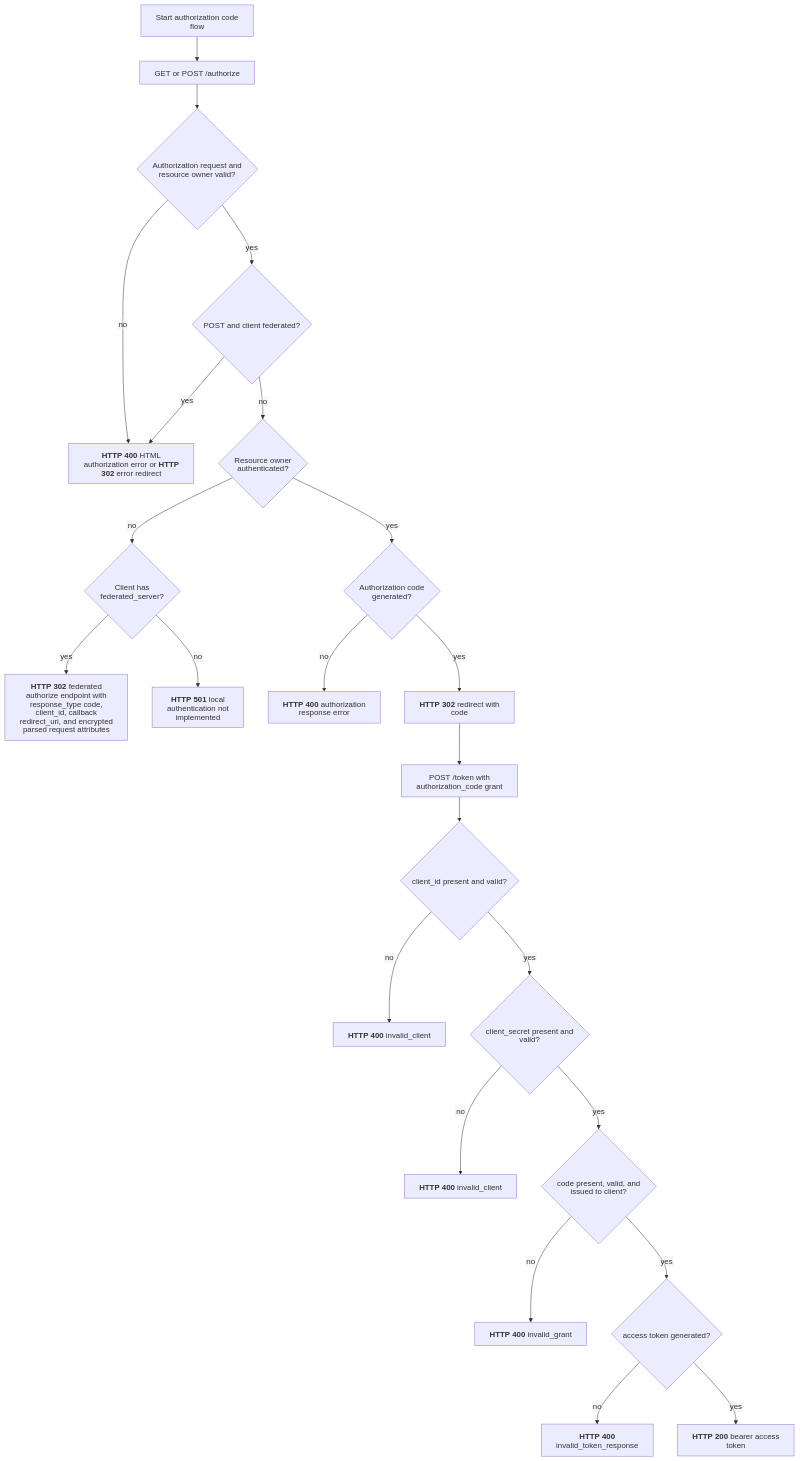
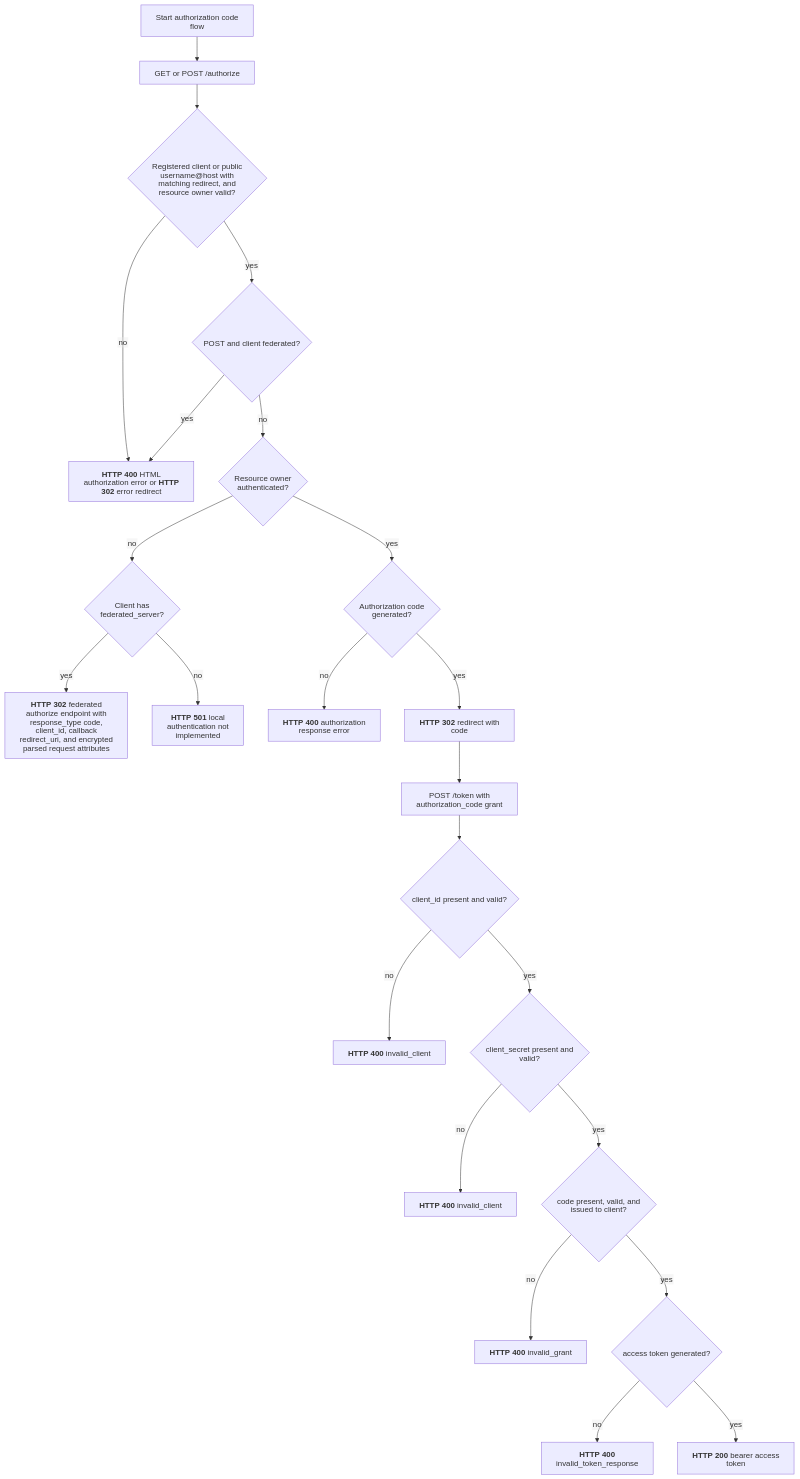
One commit to malach-it/kagome changed the diagram in docs/flows/oauth/authorization_code.mmd. Above: the diagram before and after it, drawn with Mermaid. The commit also changed 24 other files, not shown here.

Commit message:
feat: add host-bound public clients

```diff
--- a/docs/flows/oauth/authorization_code.mmd
+++ b/docs/flows/oauth/authorization_code.mmd
@@ -1,24 +1,24 @@
 %%{init: {"htmlLabels": false, "flowchart": {"htmlLabels": false}}}%%
 flowchart TD
     start[Start authorization code flow] --> authorize[GET or POST /authorize]
-    authorize --> authorize_valid{Authorization request and resource owner valid?}
+    authorize --> authorize_valid{Registered client or public username@host with matching redirect, and resource owner valid?}
     authorize_valid -- no --> authorize_error["`**HTTP 400** HTML authorization error or **HTTP 302** error redirect`"]
     authorize_valid -- yes --> federated_post{POST and client federated?}
     federated_post -- yes --> authorize_error
     federated_post -- no --> owner{Resource owner authenticated?}
     owner -- no --> federation{Client has federated_server?}
     federation -- yes --> federated_redirect["`**HTTP 302** federated authorize endpoint with response_type code, client_id, callback redirect_uri, and encrypted parsed request attributes`"]
     federation -- no --> not_implemented["`**HTTP 501** local authentication not implemented`"]
     owner -- yes --> issue{Authorization code generated?}
     issue -- no --> issue_error["`**HTTP 400** authorization response error`"]
     issue -- yes --> redirect["`**HTTP 302** redirect with code`"]
     redirect --> token[POST /token with authorization_code grant]
     token --> client_id{client_id present and valid?}
     client_id -- no --> client_error["`**HTTP 400** invalid_client`"]
     client_id -- yes --> secret{client_secret present and valid?}
     secret -- no --> secret_error["`**HTTP 400** invalid_client`"]
     secret -- yes --> code{code present, valid, and issued to client?}
     code -- no --> code_error["`**HTTP 400** invalid_grant`"]
     code -- yes --> generate{access token generated?}
     generate -- no --> generation_error["`**HTTP 400** invalid_token_response`"]
     generate -- yes --> success["`**HTTP 200** bearer access token`"]
```
